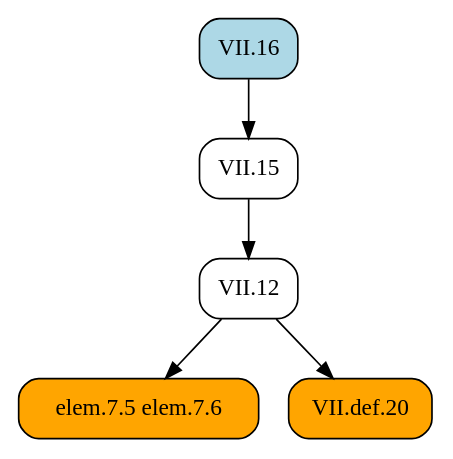
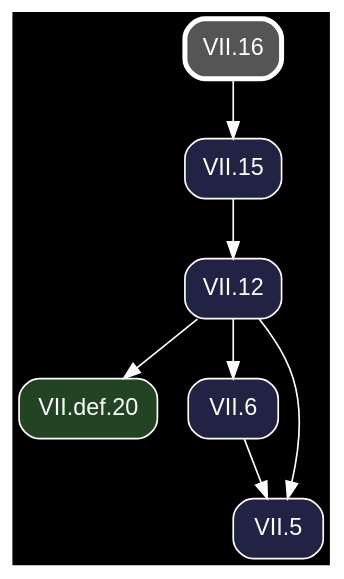
The diagram in docsrc/heath/VII/16/index.rst (geometor/elements), drawn with Graphviz before and after one commit. The commit also changed other lines of this file and 1200 other files, not shown here.

Commit message:
update dependency graphs

```diff
--- a/docsrc/heath/VII/16/index.rst
+++ b/docsrc/heath/VII/16/index.rst
@@ -60,15 +60,20 @@
 .. graphviz::
 
    digraph {
+     bgcolor="black";
+     node [shape=box, style="rounded,filled", fontname="Helvetica", color="white", fontcolor="white"];
+     edge [color="white", fontcolor="white"];
      rankdir="TB";
-     node [shape=box, style=rounded];
-     "VII.16" [style="rounded,filled", fillcolor=lightblue, URL="/heath/VII/16/", target="_top"];
-     "VII.12" [URL="/heath/VII/12/", target="_top"];
-     "elem.7.5 elem.7.6" [style="rounded,filled", fillcolor=orange];
-     "VII.def.20" [style="rounded,filled", fillcolor=orange, URL="/heath/VII/def.20/", target="_top"];
-     "VII.15" [URL="/heath/VII/15/", target="_top"];
+     "VII.def.20" [fillcolor="#224422", URL="/heath/VII/def.20/", target="_top"];
+     "VII.12" [fillcolor="#222244", URL="/heath/VII/12/", target="_top"];
+     "VII.6" [fillcolor="#222244", URL="/heath/VII/6/", target="_top"];
+     "VII.16" [penwidth=3, color="white", fillcolor="#555555", URL="/heath/VII/16/", target="_top"];
+     "VII.15" [fillcolor="#222244", URL="/heath/VII/15/", target="_top"];
+     "VII.5" [fillcolor="#222244", URL="/heath/VII/5/", target="_top"];
+     "VII.12" -> "VII.def.20";
      "VII.15" -> "VII.12";
-     "VII.12" -> "elem.7.5 elem.7.6";
-     "VII.12" -> "VII.def.20";
+     "VII.12" -> "VII.6";
      "VII.16" -> "VII.15";
+     "VII.6" -> "VII.5";
+     "VII.12" -> "VII.5";
    }
```
